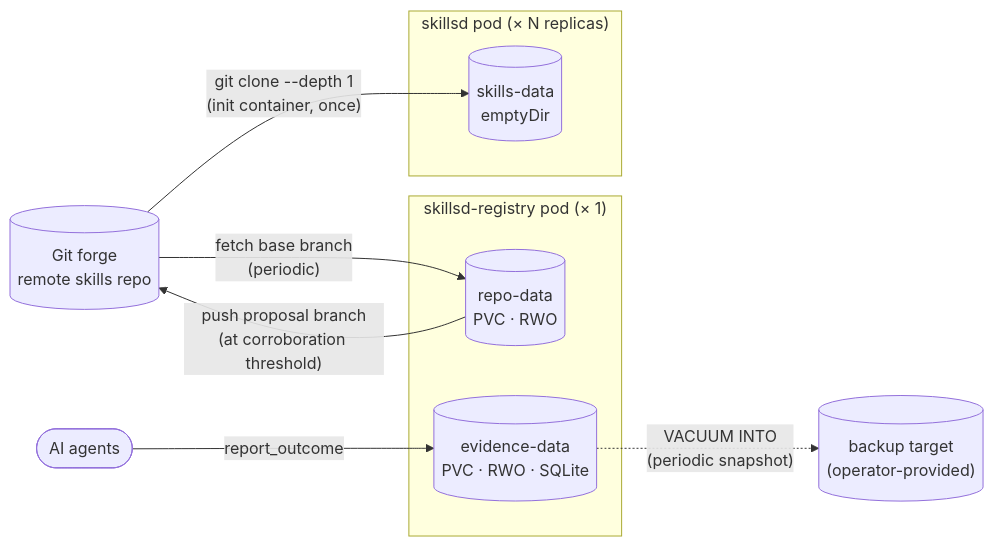
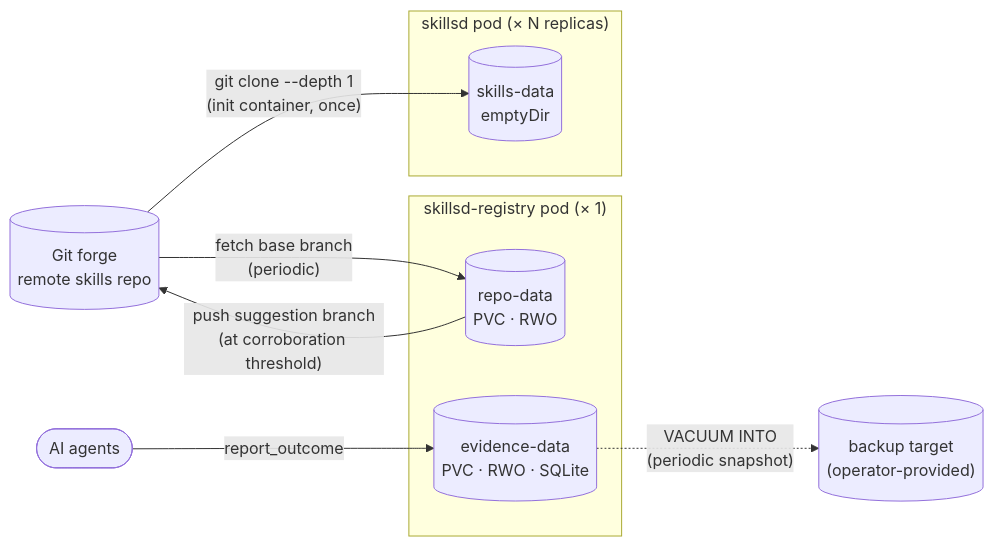
The diagram in docs/data-stores.md (araghukas/skillset), drawn with Mermaid before and after one commit. The commit also changed other lines of this file and 38 other files, not shown here.

Commit message:
rename proposal to suggestion

````diff
--- a/docs/data-stores.md
+++ b/docs/data-stores.md
@@ -7,19 +7,19 @@
 ```mermaid
 flowchart LR
   GH[("Git forge\nremote skills repo")]
 
   subgraph Pod1["skillsd pod (× N replicas)"]
     SV1[("skills-data\nemptyDir")]
   end
 
   subgraph RegPod["skillsd-registry pod (× 1)"]
     RV[("repo-data\nPVC · RWO")]
     EV[("evidence-data\nPVC · RWO · SQLite")]
   end
 
   GH -- "git clone --depth 1\n(init container, once)" --> SV1
   GH -- "fetch base branch\n(periodic)" --> RV
-  RV -- "push proposal branch\n(at corroboration threshold)" --> GH
+  RV -- "push suggestion branch\n(at corroboration threshold)" --> GH
   Agents(["AI agents"]) -- "report_outcome" --> EV
   EV -. "VACUUM INTO\n(periodic snapshot)" .-> Backup[("backup target\n(operator-provided)")]
 ```
````
